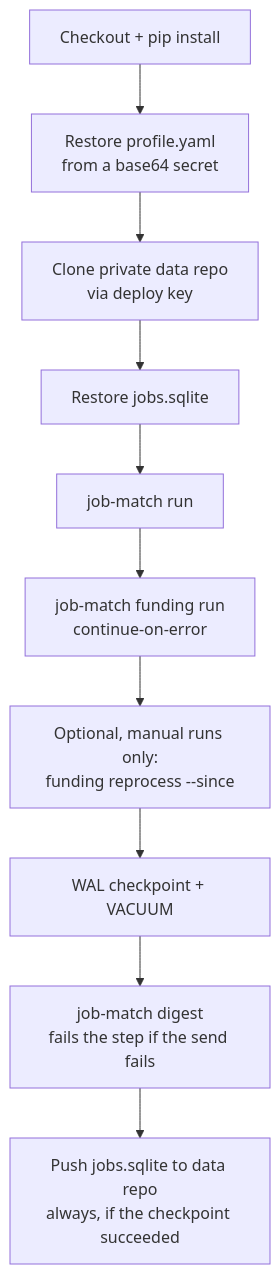
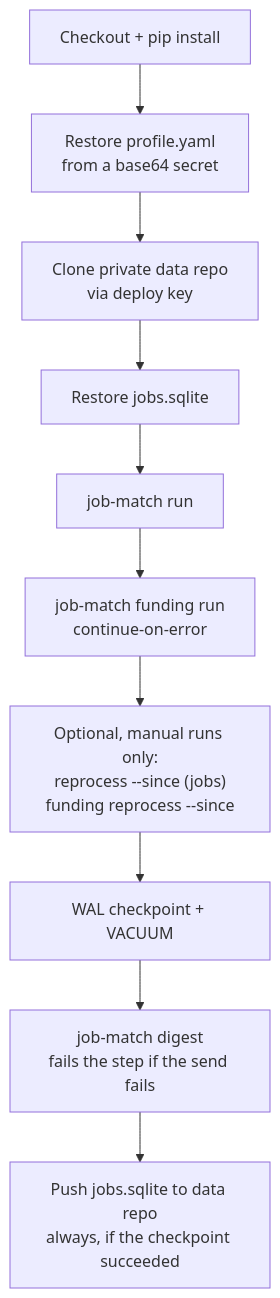
Before and after one commit to Chacronemed/job-match: the second of 2 diagrams in README.md, drawn with Mermaid. The commit also changed other lines of this file and 5 other files, not shown here.

Commit message:
feat: run jobs reprocess from the daily workflow

````diff
--- a/README.md
+++ b/README.md
@@ -59,12 +59,12 @@
 ```mermaid
 flowchart TD
     A["Checkout + pip install"] --> B["Restore profile.yaml<br/>from a base64 secret"]
     B --> C["Clone private data repo<br/>via deploy key"]
     C --> D["Restore jobs.sqlite"]
     D --> E["job-match run"]
     E --> F["job-match funding run<br/>continue-on-error"]
-    F --> G["Optional, manual runs only:<br/>funding reprocess --since"]
+    F --> G["Optional, manual runs only:<br/>reprocess --since (jobs)<br/>funding reprocess --since"]
     G --> H["WAL checkpoint + VACUUM"]
     H --> I["job-match digest<br/>fails the step if the send fails"]
     I --> J["Push jobs.sqlite to data repo<br/>always, if the checkpoint succeeded"]
 ```
````
